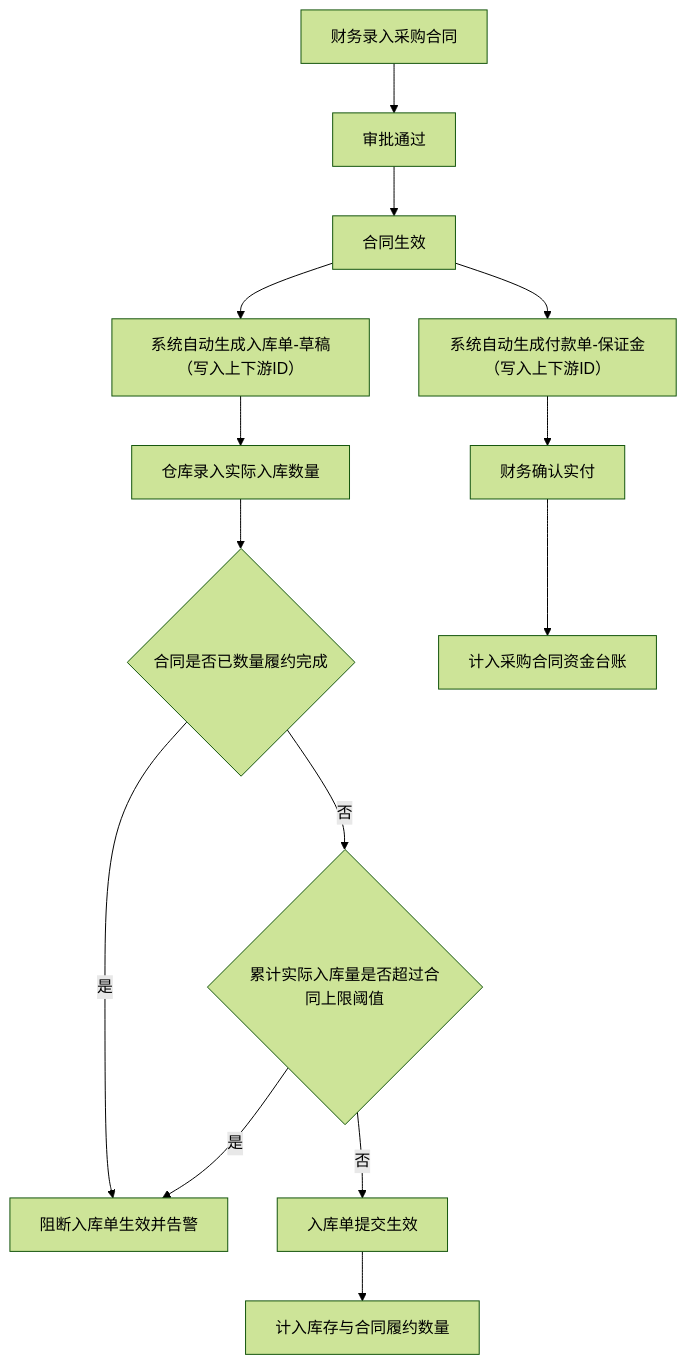
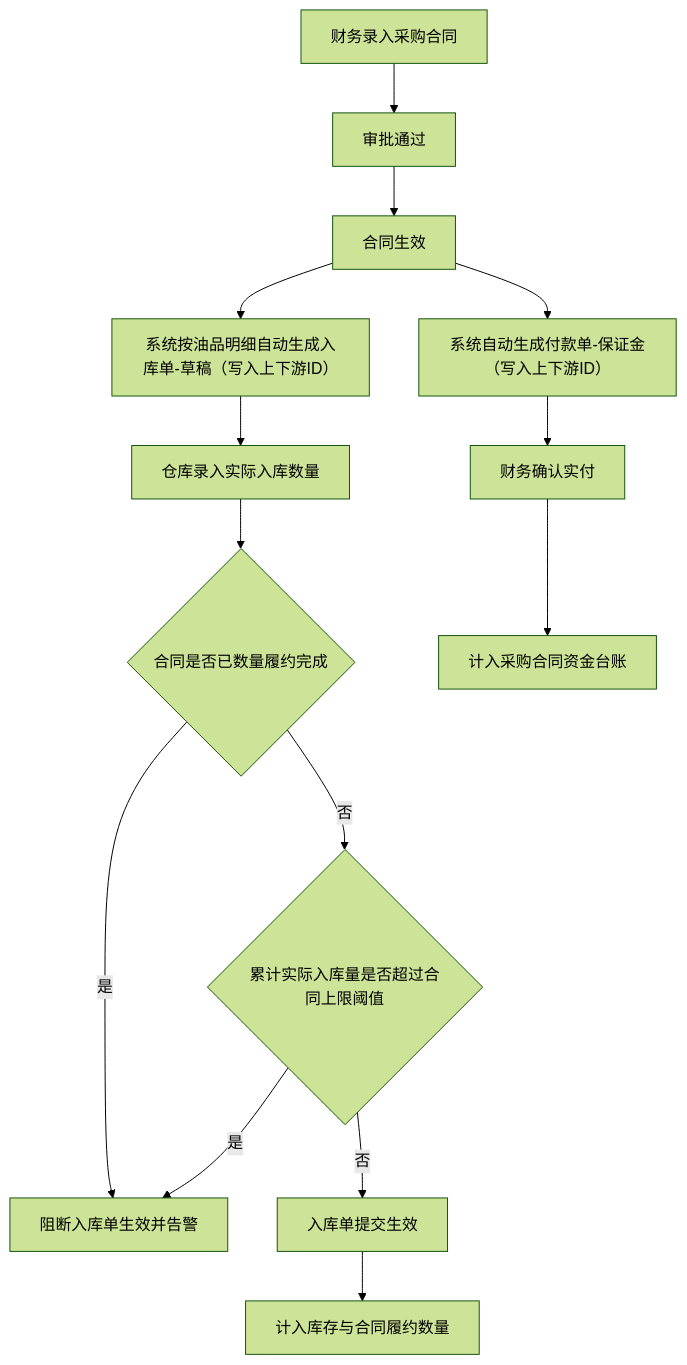
The first of 12 diagrams in docs/V6阶段A-流程图状态机与UI原型清单.md (nancyxjp2019/jgport-supply), drawn with Mermaid (forest theme) before and after one commit. The commit also changed other lines of this file and 21 other files, not shown here.

````diff
--- a/docs/V6阶段A-流程图状态机与UI原型清单.md
+++ b/docs/V6阶段A-流程图状态机与UI原型清单.md
@@ -17,16 +17,16 @@
 ```mermaid
 flowchart TD
     A[财务录入采购合同] --> B[审批通过]
     B --> C[合同生效]
     C --> D[系统自动生成付款单-保证金（写入上下游ID）]
-    C --> E[系统自动生成入库单-草稿（写入上下游ID）]
+    C --> E[系统按油品明细自动生成入库单-草稿（写入上下游ID）]
     E --> F[仓库录入实际入库数量]
     F --> F0{合同是否已数量履约完成}
     F0 -->|是| F2[阻断入库单生效并告警]
     F0 -->|否| F1{累计实际入库量是否超过合同上限阈值}
     F1 -->|是| F2
     F1 -->|否| G[入库单提交生效]
     G --> H[计入库存与合同履约数量]
     D --> I[财务确认实付]
     I --> J[计入采购合同资金台账]
 ```
````
